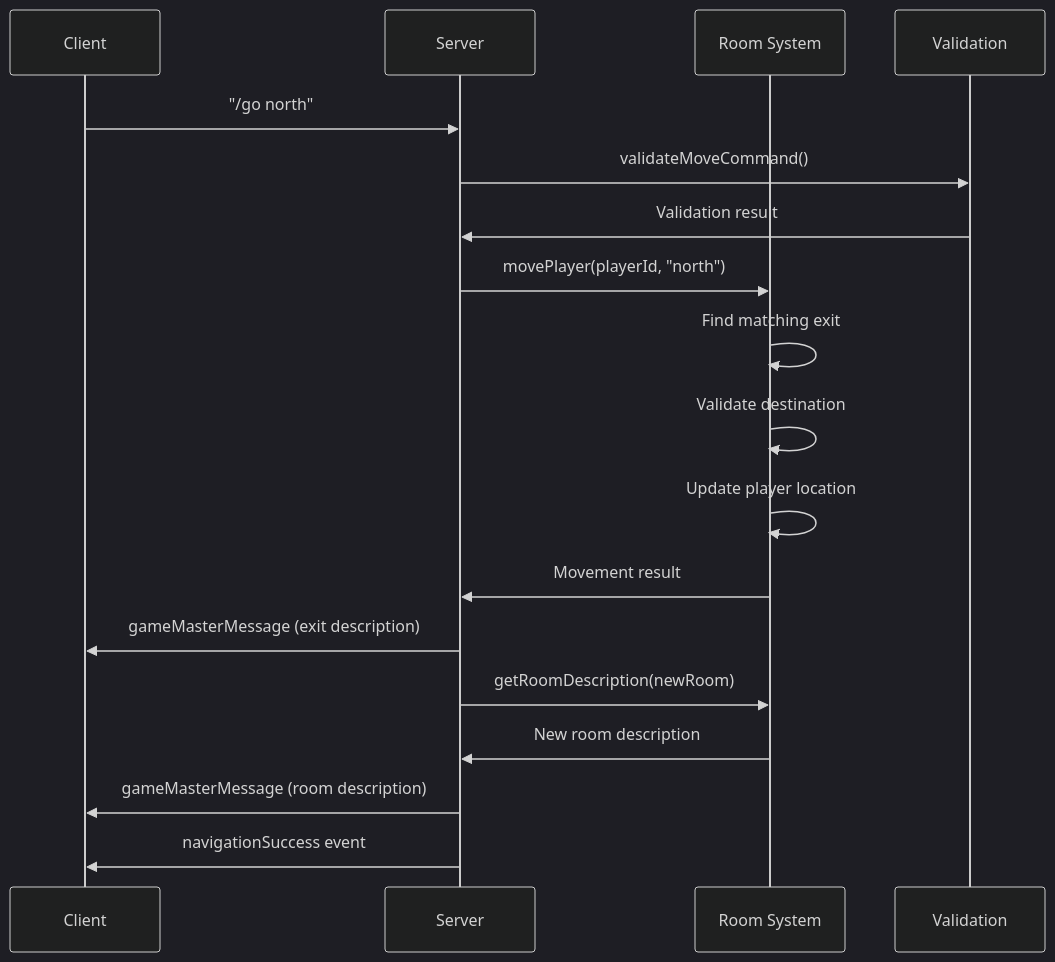
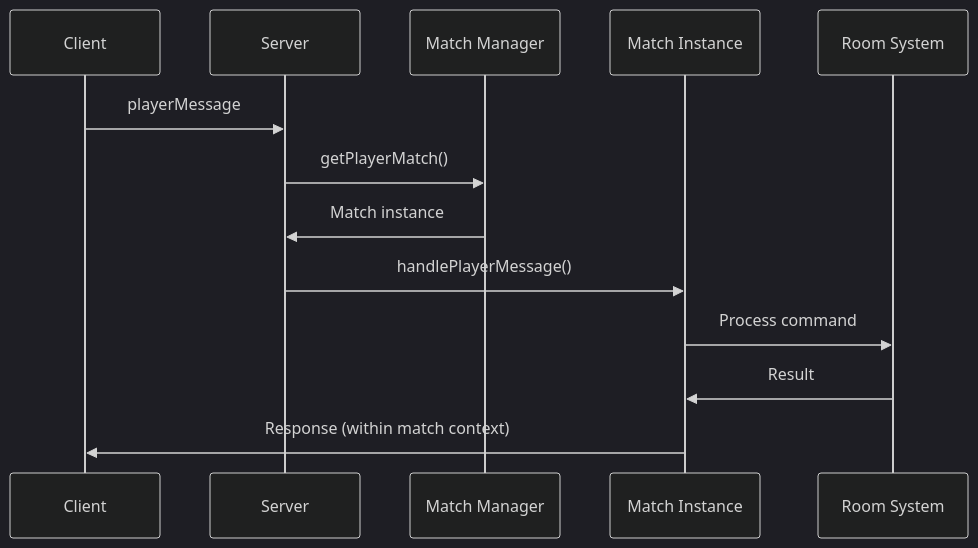
Before and after one commit to MichelPescina/JogoTesto: the eighth of 8 diagrams in documentation/TECH_OVERVIEW.md, drawn with Mermaid (dark theme). The commit also changed other lines of this file and 1 other file, not shown here.

````diff
--- a/documentation/TECH_OVERVIEW.md
+++ b/documentation/TECH_OVERVIEW.md
@@ -186,21 +263,16 @@
 ```mermaid
 sequenceDiagram
     participant C as Client
     participant S as Server
+    participant MM as Match Manager
+    participant M as Match Instance
     participant RS as Room System
-    participant V as Validation
     
-    C->>S: "/go north"
-    S->>V: validateMoveCommand()
-    V->>S: Validation result
-    S->>RS: movePlayer(playerId, "north")
-    RS->>RS: Find matching exit
-    RS->>RS: Validate destination
-    RS->>RS: Update player location
-    RS->>S: Movement result
-    S->>C: gameMasterMessage (exit description)
-    S->>RS: getRoomDescription(newRoom)
-    RS->>S: New room description
-    S->>C: gameMasterMessage (room description)
-    S->>C: navigationSuccess event
+    C->>S: playerMessage
+    S->>MM: getPlayerMatch()
+    MM->>S: Match instance
+    S->>M: handlePlayerMessage()
+    M->>RS: Process command
+    RS->>M: Result
+    M->>C: Response (within match context)
 ```
````
